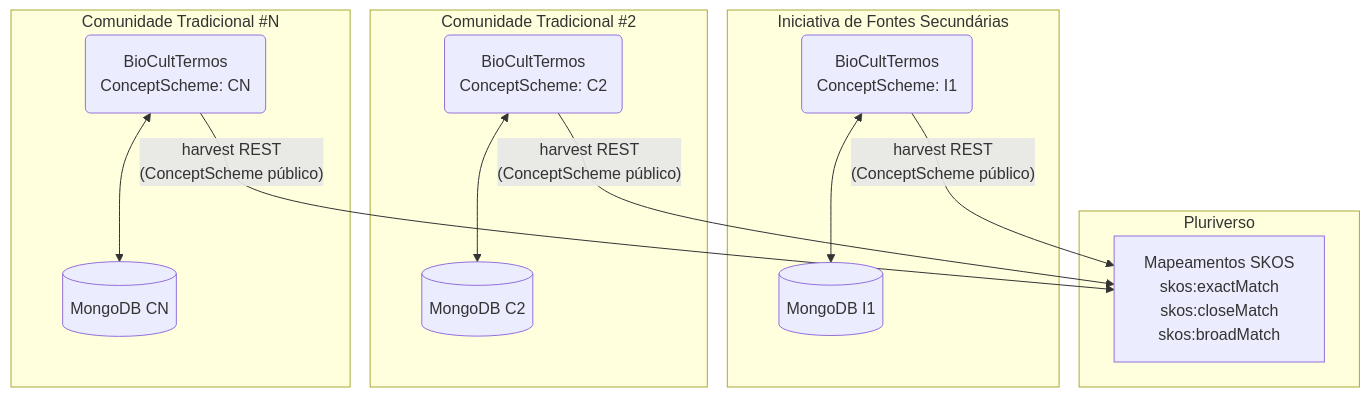
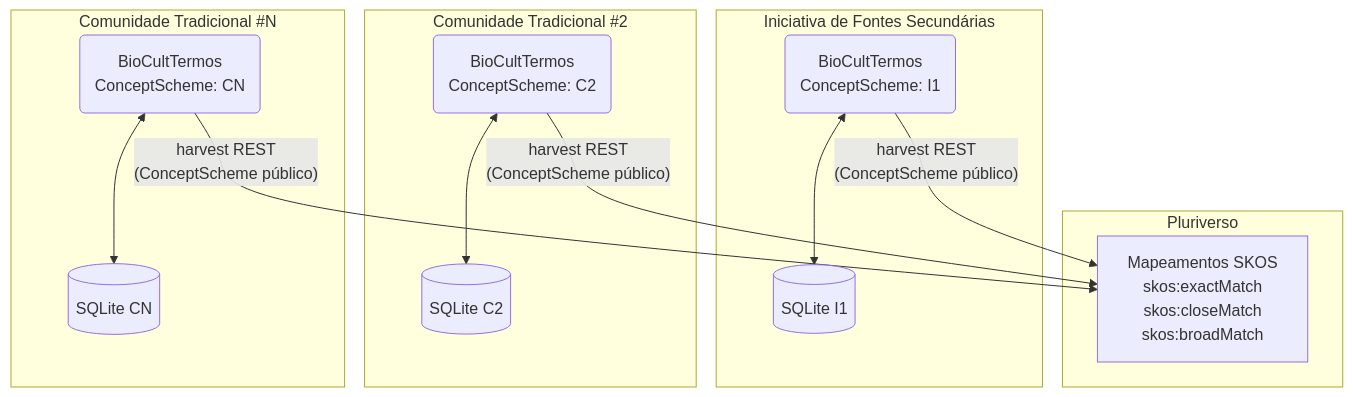
One commit to edalcin/etnotermos changed the sixth of 6 diagrams in README.md. Above: the diagram before and after it, drawn with Mermaid. The commit also changed other lines of this file and 54 other files, not shown here.

First line of the commit message:
feat: migra backend para SQLite com JSON1, substitui MongoDB (ADR-005)

````diff
--- a/README.md
+++ b/README.md
@@ -399,22 +399,22 @@
 ```mermaid
 graph TD
     subgraph I1["Iniciativa de Fontes Secundárias"]
-        ET1(BioCultTermos\nConceptScheme: I1) <--> MDB1[(MongoDB I1)]
+        ET1(BioCultTermos\nConceptScheme: I1) <--> SDB1[(SQLite I1)]
     end
 
     subgraph C2["Comunidade Tradicional #2"]
-        ET2(BioCultTermos\nConceptScheme: C2) <--> MDB2[(MongoDB C2)]
+        ET2(BioCultTermos\nConceptScheme: C2) <--> SDB2[(SQLite C2)]
     end
 
     subgraph C3["Comunidade Tradicional #N"]
-        ET3(BioCultTermos\nConceptScheme: CN) <--> MDB3[(MongoDB CN)]
+        ET3(BioCultTermos\nConceptScheme: CN) <--> SDB3[(SQLite CN)]
     end
 
     subgraph PL["Pluriverso"]
         MAP["Mapeamentos SKOS\nskos:exactMatch\nskos:closeMatch\nskos:broadMatch"]
     end
 
     ET1 -->|"harvest REST\n(ConceptScheme público)"| MAP
     ET2 -->|"harvest REST\n(ConceptScheme público)"| MAP
     ET3 -->|"harvest REST\n(ConceptScheme público)"| MAP
 ```
````
